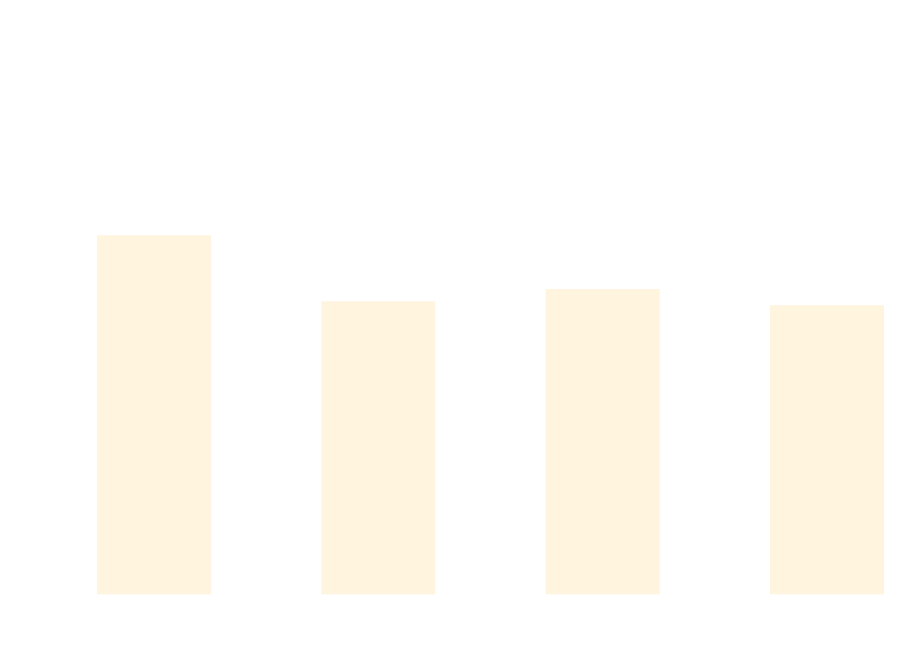
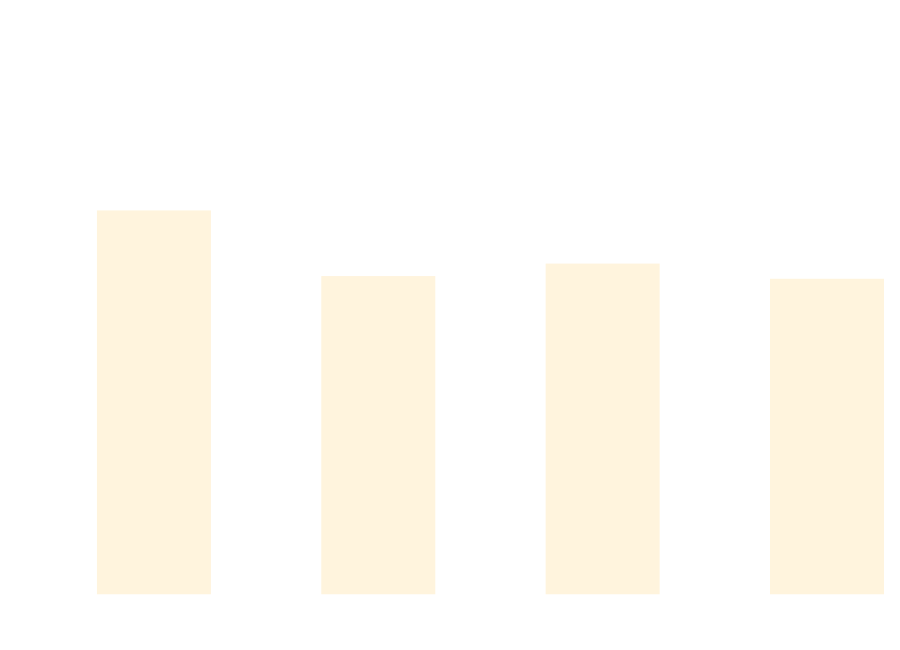
The diagram in docs/docs/benchmarks/BuildTime.md (thomhurst/TUnit), drawn with Mermaid before and after one commit. The commit also changed other lines of this file and 17 other files, not shown here.

````diff
--- a/docs/docs/benchmarks/BuildTime.md
+++ b/docs/docs/benchmarks/BuildTime.md
@@ -28,37 +28,37 @@
 ```mermaid
 %%{init: {
   'theme':'base',
   'themeVariables': {
     'primaryColor': '#2563eb',
     'primaryTextColor': '#ffffff',
     'primaryBorderColor': '#1e40af',
     'lineColor': '#6b7280',
     'secondaryColor': '#7c3aed',
     'tertiaryColor': '#dc2626',
     'background': '#ffffff',
     'mainBkg': '#2563eb',
     'secondBkg': '#7c3aed',
     'tertiaryBkg': '#dc2626',
     'clusterBkg': '#f3f4f6',
     'edgeLabelBackground': '#ffffff',
     'tertiaryTextColor': '#1f2937',
     'pie1': '#2563eb',
     'pie2': '#7c3aed',
     'pie3': '#dc2626',
     'pie4': '#f59e0b',
     'pie5': '#10b981',
     'pie6': '#06b6d4',
     'pie7': '#ec4899',
     'pie8': '#6366f1',
     'pie9': '#84cc16',
     'pie10': '#f97316',
     'pie11': '#14b8a6',
     'pie12': '#a855f7'
   }
 }}%%
 xychart-beta
   title "Build Time Comparison"
   x-axis ["Build_TUnit", "Build_NUnit", "Build_MSTest", "Build_xUnit3"]
   y-axis "Time (s)" 0 --> 3
-  bar [2.066, 1.675, 1.747, 1.651]
+  bar [2.213, 1.824, 1.898, 1.808]
 ```
````
